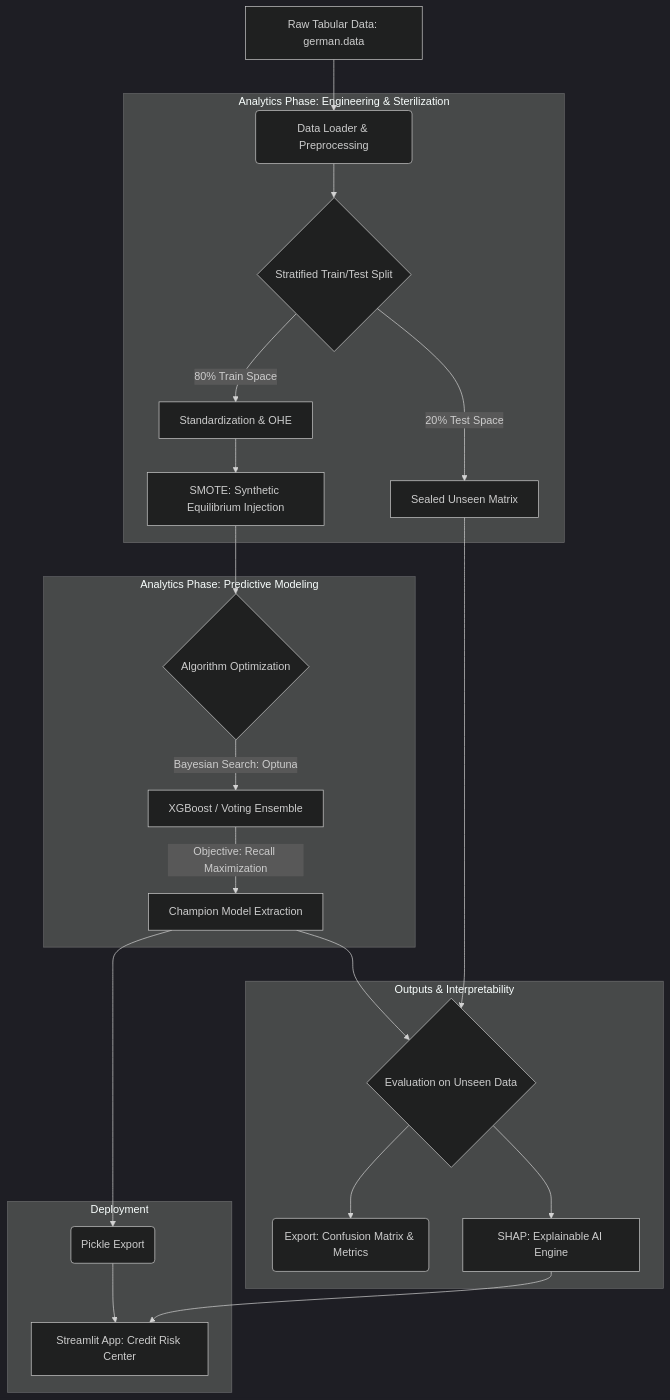
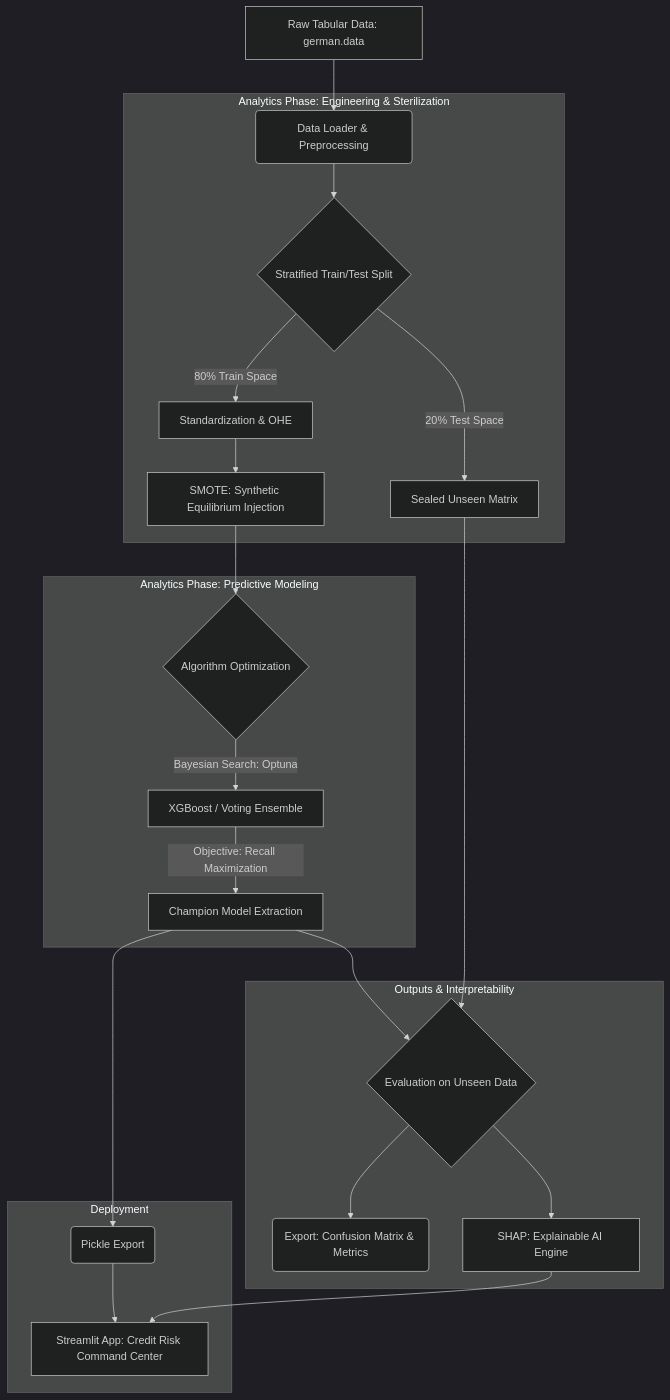
The diagram in README.md (RazerArdi/credit-risk-scoring), drawn with Mermaid (dark theme) before and after one commit. The commit also changed other lines of this file, not shown here.

````diff
--- a/README.md
+++ b/README.md
@@ -142,30 +141,30 @@
 ```mermaid
 graph TD
     A[Raw Tabular Data: german.data] --> B(Data Loader & Preprocessing)
-
+    
     subgraph Analytics Phase: Engineering & Sterilization
-        B --> C{Stratified Train/Test Split}
-        C -->|80% Train Space| D[Standardization & OHE]
-        C -->|20% Test Space| E[Sealed Unseen Matrix]
-        D --> F[SMOTE: Synthetic Equilibrium Injection]
+    B --> C{Stratified Train/Test Split}
+    C -->|80% Train Space| D[Standardization & OHE]
+    C -->|20% Test Space| E[Sealed Unseen Matrix]
+    D --> F[SMOTE: Synthetic Equilibrium Injection]
     end
 
     subgraph Analytics Phase: Predictive Modeling
-        F --> G{Algorithm Optimization}
-        G -->|Bayesian Search: Optuna| H[XGBoost / Voting Ensemble]
-        H -->|Objective: Recall Maximization| I[Champion Model Extraction]
+    F --> G{Algorithm Optimization}
+    G -->|Bayesian Search: Optuna| H[XGBoost / Voting Ensemble]
+    H -->|Objective: Recall Maximization| I[Champion Model Extraction]
     end
 
     subgraph Outputs & Interpretability
-        I --> J{Evaluation on Unseen Data}
-        E --> J
-        J --> K(Export: Confusion Matrix & Metrics)
-        J --> L[SHAP: Explainable AI Engine]
+    I --> J{Evaluation on Unseen Data}
+    E --> J
+    J --> K(Export: Confusion Matrix & Metrics)
+    J --> L[SHAP: Explainable AI Engine]
     end
 
     subgraph Deployment
-        I --> M(Pickle Export)
-        M --> N[Streamlit App: Credit Risk Center]
-        L --> N
+    I --> M(Pickle Export)
+    M --> N[Streamlit App: Credit Risk Command Center]
+    L --> N
     end
 ```
````
